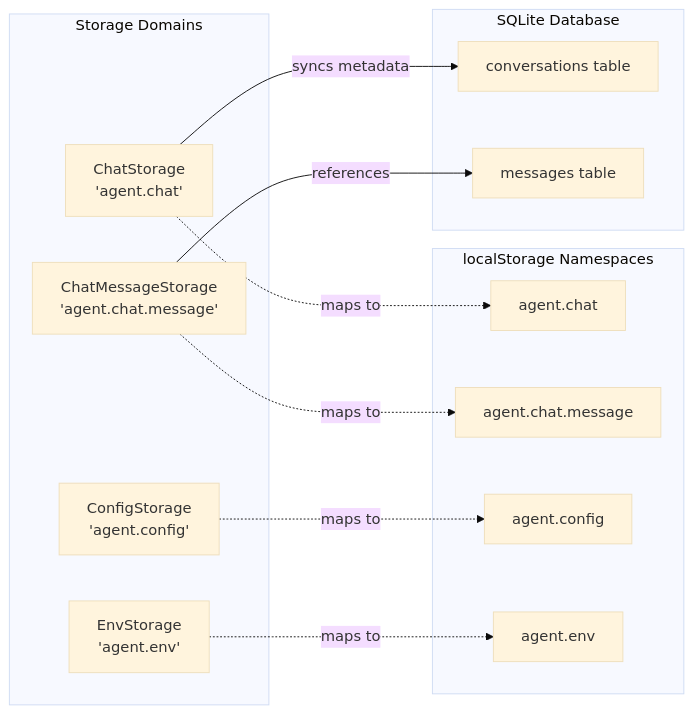
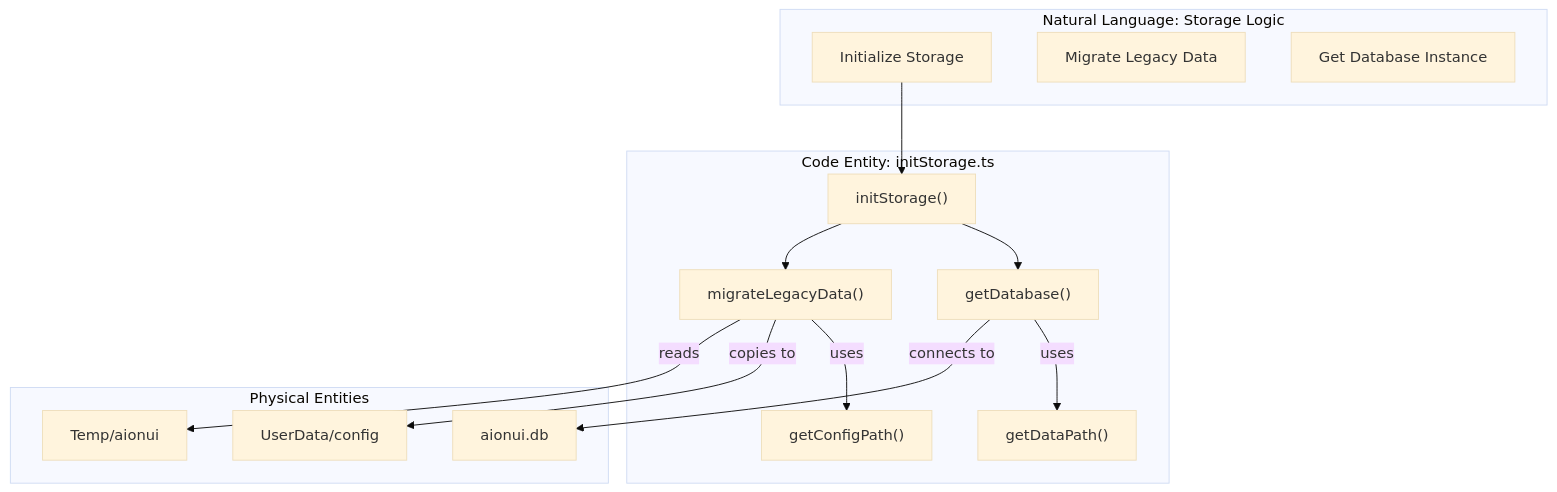
Before and after one commit to blackcater/zentree: the second of 2 diagrams in docs/iOfficeAI_AionUi/configuration-and-persistence/storage-architecture.md, drawn with Mermaid (base theme). The commit also changed other lines of this file and 232 other files, not shown here.

````diff
--- a/docs/iOfficeAI_AionUi/configuration-and-persistence/storage-architecture.md
+++ b/docs/iOfficeAI_AionUi/configuration-and-persistence/storage-architecture.md
@@ -65,29 +126,31 @@
 ```mermaid
-graph LR
-    subgraph "Storage Domains"
-        Chat["ChatStorage<br/>'agent.chat'"]
-        Msg["ChatMessageStorage<br/>'agent.chat.message'"]
-        Config["ConfigStorage<br/>'agent.config'"]
-        Env["EnvStorage<br/>'agent.env'"]
+graph TD
+    subgraph "Natural Language: Storage Logic"
+        Init["Initialize Storage"]
+        Migrate["Migrate Legacy Data"]
+        GetDB["Get Database Instance"]
     end
 
-    subgraph "localStorage Namespaces"
-        ChatNS["agent.chat"]
-        MsgNS["agent.chat.message"]
-        ConfigNS["agent.config"]
-        EnvNS["agent.env"]
+    subgraph "Code Entity: initStorage.ts"
+        IS["initStorage()"]
+        MLD["migrateLegacyData()"]
+        GDB["getDatabase()"]
+        CD["getConfigPath()"]
+        GD["getDataPath()"]
     end
 
-    Chat -.->|maps to| ChatNS
-    Msg -.->|maps to| MsgNS
-    Config -.->|maps to| ConfigNS
-    Env -.->|maps to| EnvNS
-
-    subgraph "SQLite Database"
-        ConvTable["conversations table"]
-        MsgTable["messages table"]
+    subgraph "Physical Entities"
+        DB_FILE["aionui.db"]
+        OLD_DIR["Temp/aionui"]
+        NEW_DIR["UserData/config"]
     end
 
-    Chat -->|syncs metadata| ConvTable
-    Msg -->|references| MsgTable
+    Init --> IS
+    IS --> MLD
+    IS --> GDB
+    MLD -->|reads| OLD_DIR
+    MLD -->|copies to| NEW_DIR
+    MLD -->|uses| CD
+    GDB -->|connects to| DB_FILE
+    GDB -->|uses| GD
 ```
````
